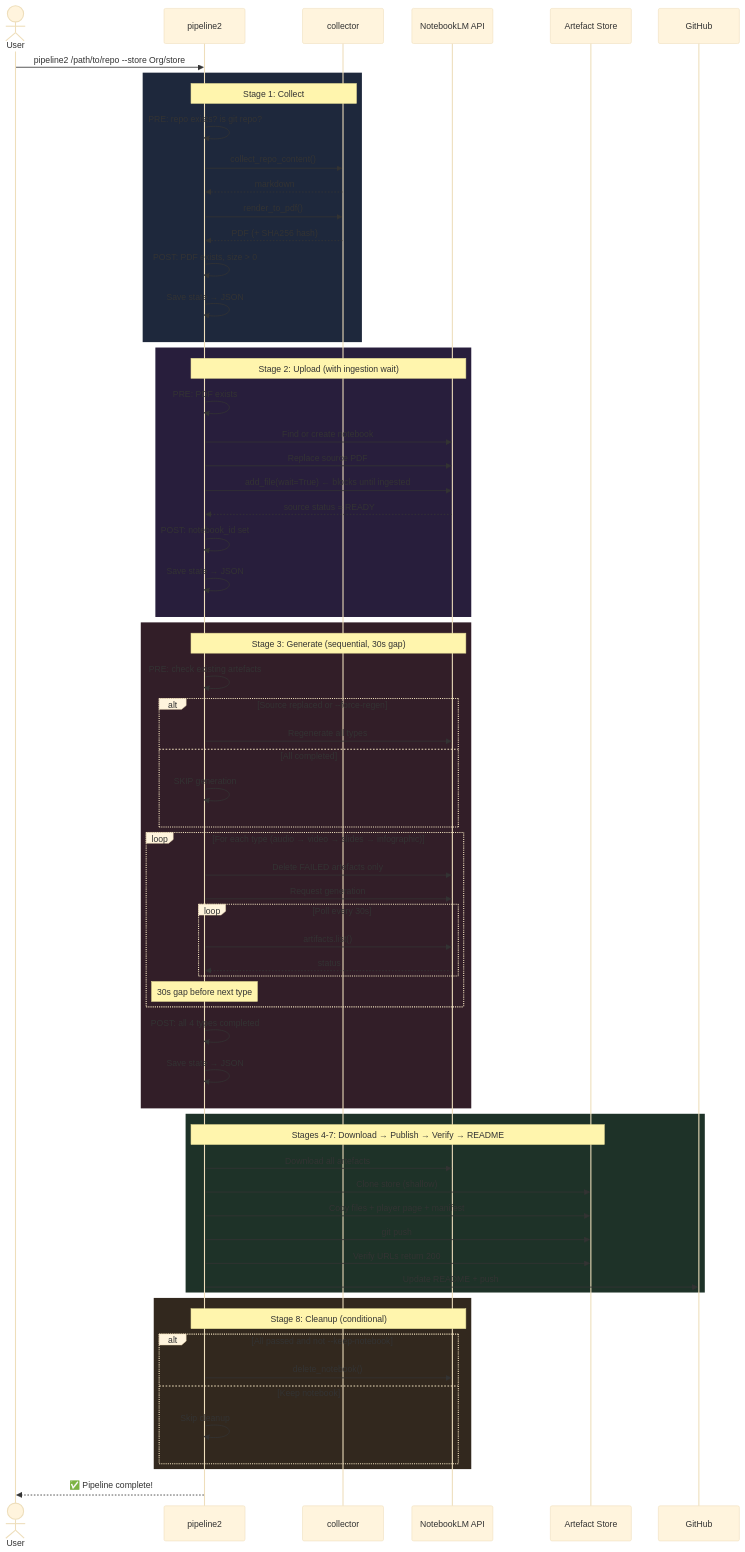
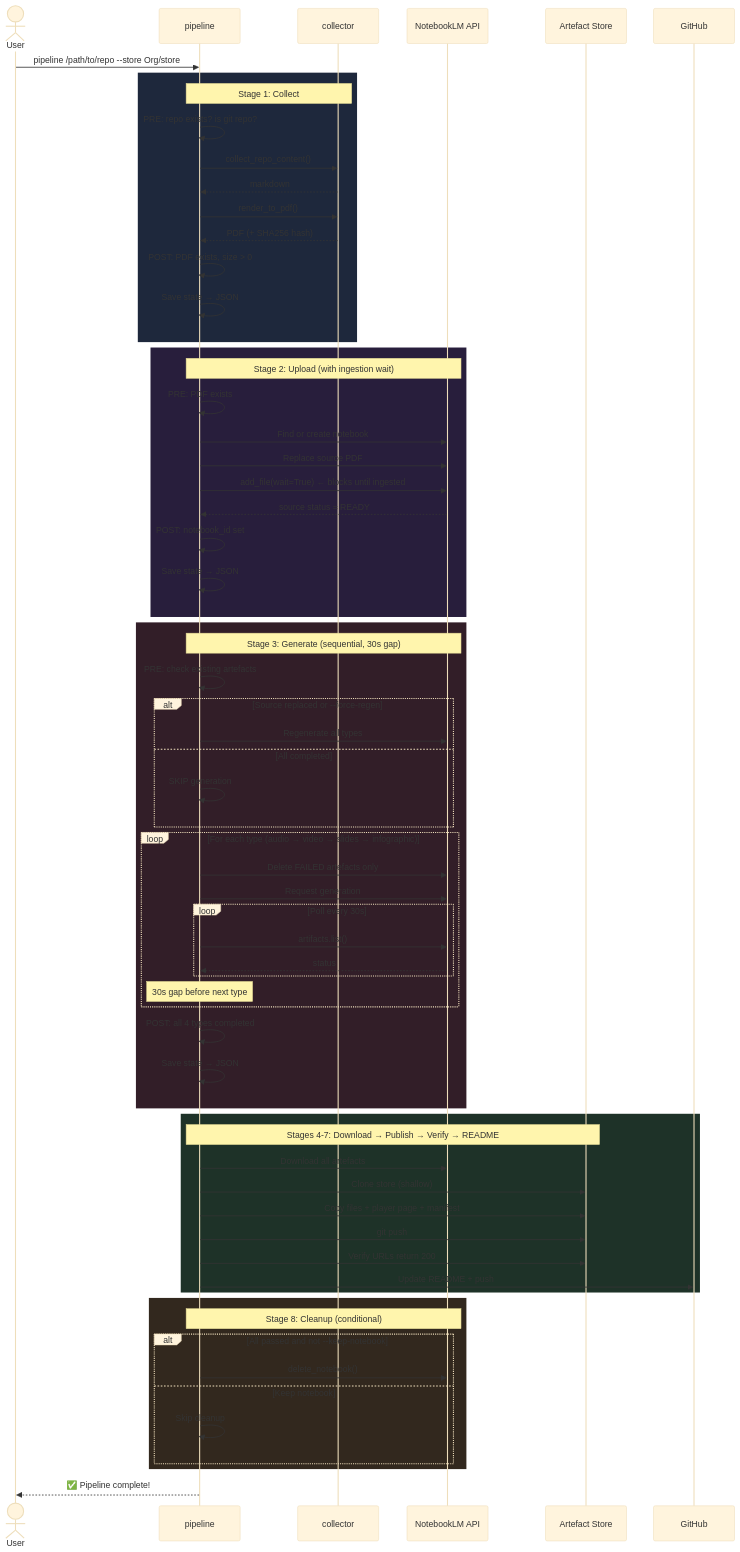
The second of 2 diagrams in docs/pipeline.md (NetDevAutomate/notebooklm-repo-artefacts), drawn with Mermaid (base theme) before and after one commit. The commit also changed other lines of this file and 2 other files, not shown here.

First line of the commit message:
refactor: promote pipeline2 → pipeline, old pipeline → pipeline-legacy

````diff
--- a/docs/pipeline.md
+++ b/docs/pipeline.md
@@ -122,75 +122,75 @@
 ```mermaid
 sequenceDiagram
     actor User
-    participant CLI as pipeline2
+    participant CLI as pipeline
     participant Col as collector
     participant NLM as NotebookLM API
     participant Store as Artefact Store
     participant GH as GitHub
 
-    User->>CLI: pipeline2 /path/to/repo --store Org/store
+    User->>CLI: pipeline /path/to/repo --store Org/store
 
     rect rgb(30, 40, 60)
     Note over CLI,Col: Stage 1: Collect
     CLI->>CLI: PRE: repo exists? is git repo?
     CLI->>Col: collect_repo_content()
     Col-->>CLI: markdown
     CLI->>Col: render_to_pdf()
     Col-->>CLI: PDF (+ SHA256 hash)
     CLI->>CLI: POST: PDF exists, size > 0
     CLI->>CLI: Save state → JSON
     end
 
     rect rgb(40, 30, 60)
     Note over CLI,NLM: Stage 2: Upload (with ingestion wait)
     CLI->>CLI: PRE: PDF exists
     CLI->>NLM: Find or create notebook
     CLI->>NLM: Replace source PDF
     CLI->>NLM: add_file(wait=True) ← blocks until ingested
     NLM-->>CLI: source status = READY
     CLI->>CLI: POST: notebook_id set
     CLI->>CLI: Save state → JSON
     end
 
     rect rgb(50, 30, 40)
     Note over CLI,NLM: Stage 3: Generate (sequential, 30s gap)
     CLI->>CLI: PRE: check existing artefacts
     alt Source replaced or --force-regen
         CLI->>NLM: Regenerate all types
     else All completed
         CLI->>CLI: SKIP generation
     end
     loop For each type (audio → video → slides → infographic)
         CLI->>NLM: Delete FAILED artefacts only
         CLI->>NLM: Request generation
         loop Poll every 30s
             CLI->>NLM: artifacts.list()
             NLM-->>CLI: status
         end
         Note over CLI: 30s gap before next type
     end
     CLI->>CLI: POST: all 4 types completed
     CLI->>CLI: Save state → JSON
     end
 
     rect rgb(30, 50, 40)
     Note over CLI,Store: Stages 4-7: Download → Publish → Verify → README
     CLI->>NLM: Download all artefacts
     CLI->>Store: Clone store (shallow)
     CLI->>Store: Copy files + player page + manifest
     CLI->>Store: git push
     CLI->>Store: Verify URLs return 200
     CLI->>GH: Update README + push
     end
 
     rect rgb(50, 40, 30)
     Note over CLI,NLM: Stage 8: Cleanup (conditional)
     alt All passed and not --keep-notebook
         CLI->>NLM: delete_notebook()
     else Keep notebook
         CLI->>CLI: Skip cleanup
     end
     end
 
     CLI-->>User: ✅ Pipeline complete!
 ```
````
